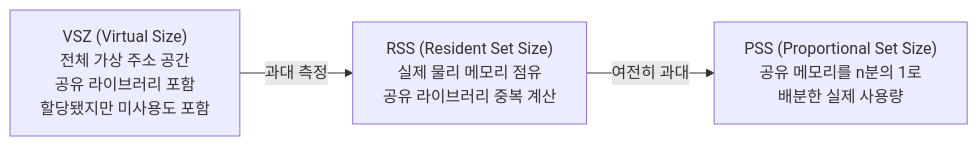
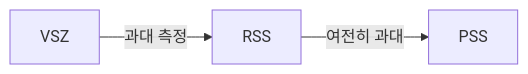
Before and after one commit to moonblueblue/devops-wiki: the second of 7 diagrams in content/linux/performance/memory-oom.md, drawn with Mermaid. The commit also changed other lines of this file and 12 other files, not shown here.

First line of the commit message:
style: linux 섹션 전체 ASCII art 제거 및 Mermaid 규칙 적용

````diff
--- a/content/linux/performance/memory-oom.md
+++ b/content/linux/performance/memory-oom.md
@@ -135,9 +132,5 @@
 ```mermaid
 graph LR
-    VSZ["VSZ (Virtual Size)<br/>전체 가상 주소 공간<br/>공유 라이브러리 포함<br/>할당됐지만 미사용도 포함"]
-    RSS["RSS (Resident Set Size)<br/>실제 물리 메모리 점유<br/>공유 라이브러리 중복 계산"]
-    PSS["PSS (Proportional Set Size)<br/>공유 메모리를 n분의 1로<br/>배분한 실제 사용량"]
-
-    VSZ -->|과대 측정| RSS
-    RSS -->|여전히 과대| PSS
+    VSZ["VSZ"] -->|과대 측정| RSS["RSS"]
+    RSS -->|여전히 과대| PSS["PSS"]
 ```
````
